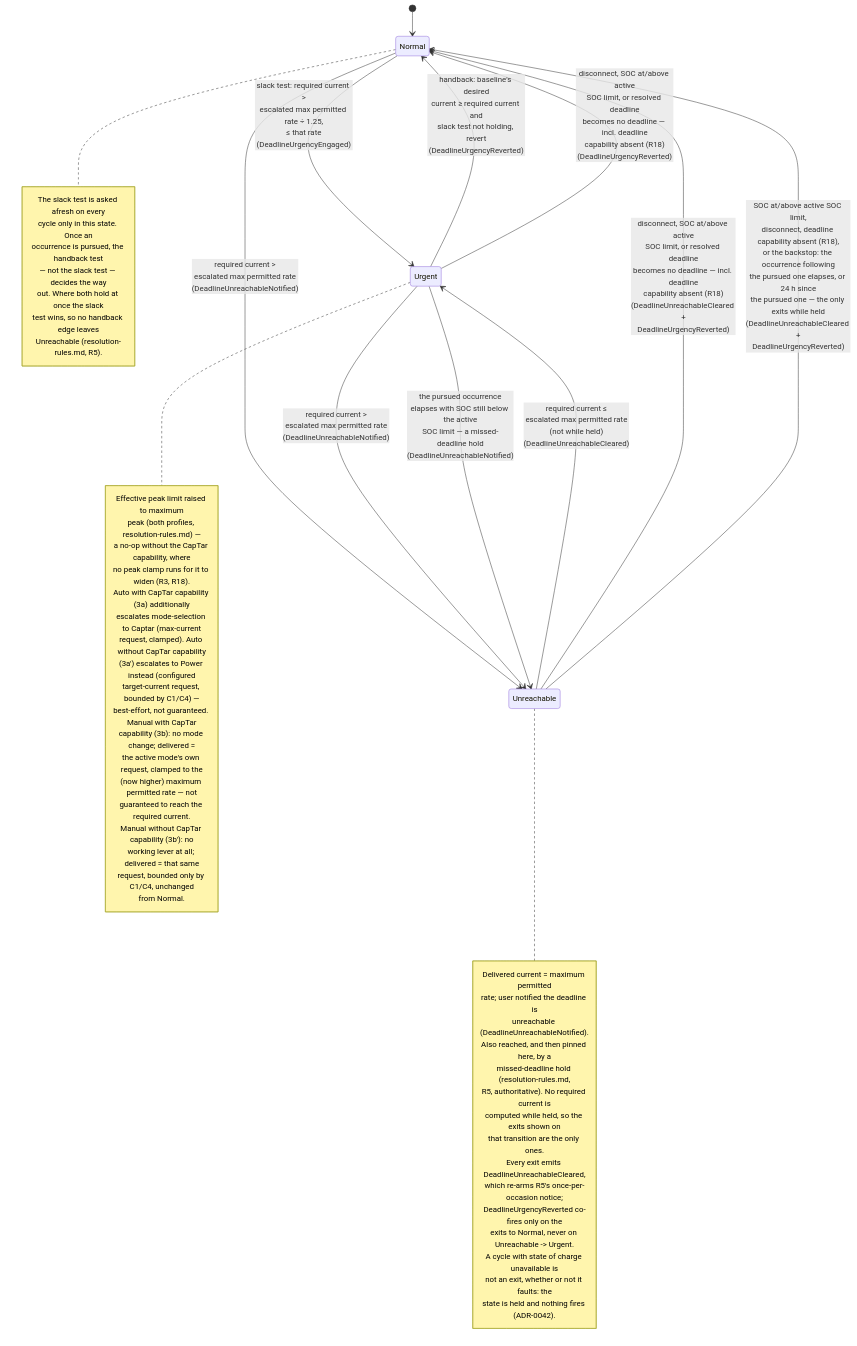
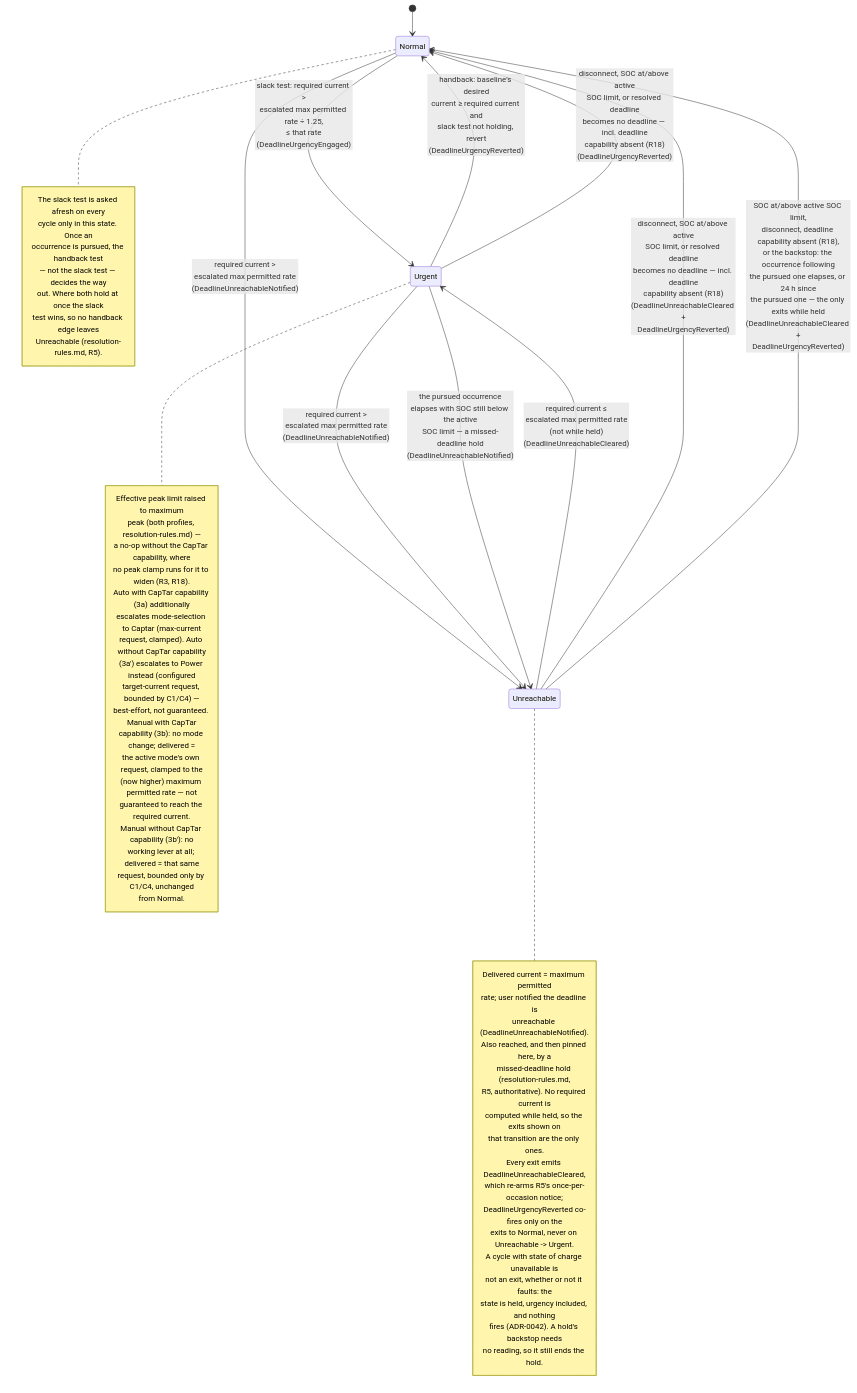
Before and after one commit to kristofdegrave/homeassistant-smart-charging: the diagram in docs/analysis/use-cases/UC05-guarantee-ready-by-departure.md, drawn with Mermaid. The commit also changed other lines of this file, not shown here.

First line of the commit message:
UC05: a SOC-unavailable cycle holds urgency, and a hold's backstop still ends it

````diff
--- a/docs/analysis/use-cases/UC05-guarantee-ready-by-departure.md
+++ b/docs/analysis/use-cases/UC05-guarantee-ready-by-departure.md
@@ -111,59 +113,61 @@
 ```mermaid
 stateDiagram-v2
     [*] --> Normal
     Normal --> Urgent: slack test: required current ><br/>escalated max permitted rate ÷ 1.25,<br/>≤ that rate<br/>(DeadlineUrgencyEngaged)
     Normal --> Unreachable: required current ><br/>escalated max permitted rate<br/>(DeadlineUnreachableNotified)
     Urgent --> Normal: handback: baseline's desired<br/>current ≥ required current and<br/>slack test not holding, revert<br/>(DeadlineUrgencyReverted)
     Urgent --> Unreachable: required current ><br/>escalated max permitted rate<br/>(DeadlineUnreachableNotified)
     Urgent --> Unreachable: the pursued occurrence<br/>elapses with SOC still below the active<br/>SOC limit — a missed-deadline hold<br/>(DeadlineUnreachableNotified)
     Urgent --> Normal: disconnect, SOC at/above active<br/>SOC limit, or resolved deadline<br/>becomes no deadline — incl. deadline<br/>capability absent (R18)<br/>(DeadlineUrgencyReverted)
     Unreachable --> Urgent: required current ≤<br/>escalated max permitted rate<br/>(not while held)<br/>(DeadlineUnreachableCleared)
     Unreachable --> Normal: disconnect, SOC at/above active<br/>SOC limit, or resolved deadline<br/>becomes no deadline — incl. deadline<br/>capability absent (R18)<br/>(DeadlineUnreachableCleared +<br/>DeadlineUrgencyReverted)
     Unreachable --> Normal: SOC at/above active SOC limit,<br/>disconnect, deadline capability absent (R18),<br/>or the backstop: the occurrence following<br/>the pursued one elapses, or 24 h since<br/>the pursued one — the only exits while held<br/>(DeadlineUnreachableCleared +<br/>DeadlineUrgencyReverted)
     note right of Normal
         The slack test is asked afresh on every
         cycle only in this state. Once an
         occurrence is pursued, the handback test
         — not the slack test — decides the way
         out. Where both hold at once the slack
         test wins, so no handback edge leaves
         Unreachable (resolution-rules.md, R5).
     end note
     note right of Urgent
         Effective peak limit raised to maximum
         peak (both profiles, resolution-rules.md) —
         a no-op without the CapTar capability, where
         no peak clamp runs for it to widen (R3, R18).
         Auto with CapTar capability (3a) additionally
         escalates mode-selection to Captar (max-current
         request, clamped). Auto without CapTar capability
         (3a′) escalates to Power instead (configured
         target-current request, bounded by C1/C4) —
         best-effort, not guaranteed. Manual with CapTar
         capability (3b): no mode change; delivered =
         the active mode's own request, clamped to the
         (now higher) maximum permitted rate — not
         guaranteed to reach the required current.
         Manual without CapTar capability (3b′): no
         working lever at all; delivered = that same
         request, bounded only by C1/C4, unchanged
         from Normal.
     end note
     note right of Unreachable
         Delivered current = maximum permitted
         rate; user notified the deadline is
         unreachable (DeadlineUnreachableNotified).
         Also reached, and then pinned here, by a
         missed-deadline hold (resolution-rules.md,
         R5, authoritative). No required current is
         computed while held, so the exits shown on
         that transition are the only ones.
         Every exit emits DeadlineUnreachableCleared,
         which re-arms R5's once-per-occasion notice;
         DeadlineUrgencyReverted co-fires only on the
         exits to Normal, never on Unreachable -> Urgent.
         A cycle with state of charge unavailable is
         not an exit, whether or not it faults: the
-        state is held and nothing fires (ADR-0042).
+        state is held, urgency included, and nothing
+        fires (ADR-0042). A hold's backstop needs
+        no reading, so it still ends the hold.
     end note
 ```
````
